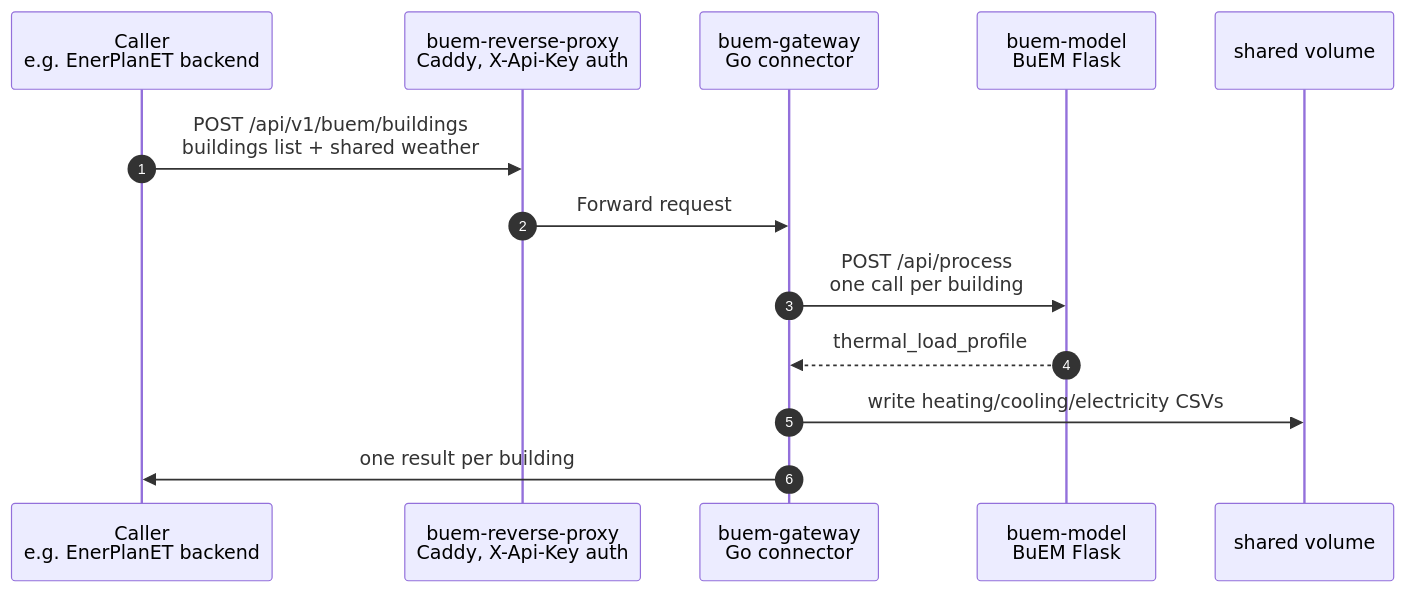
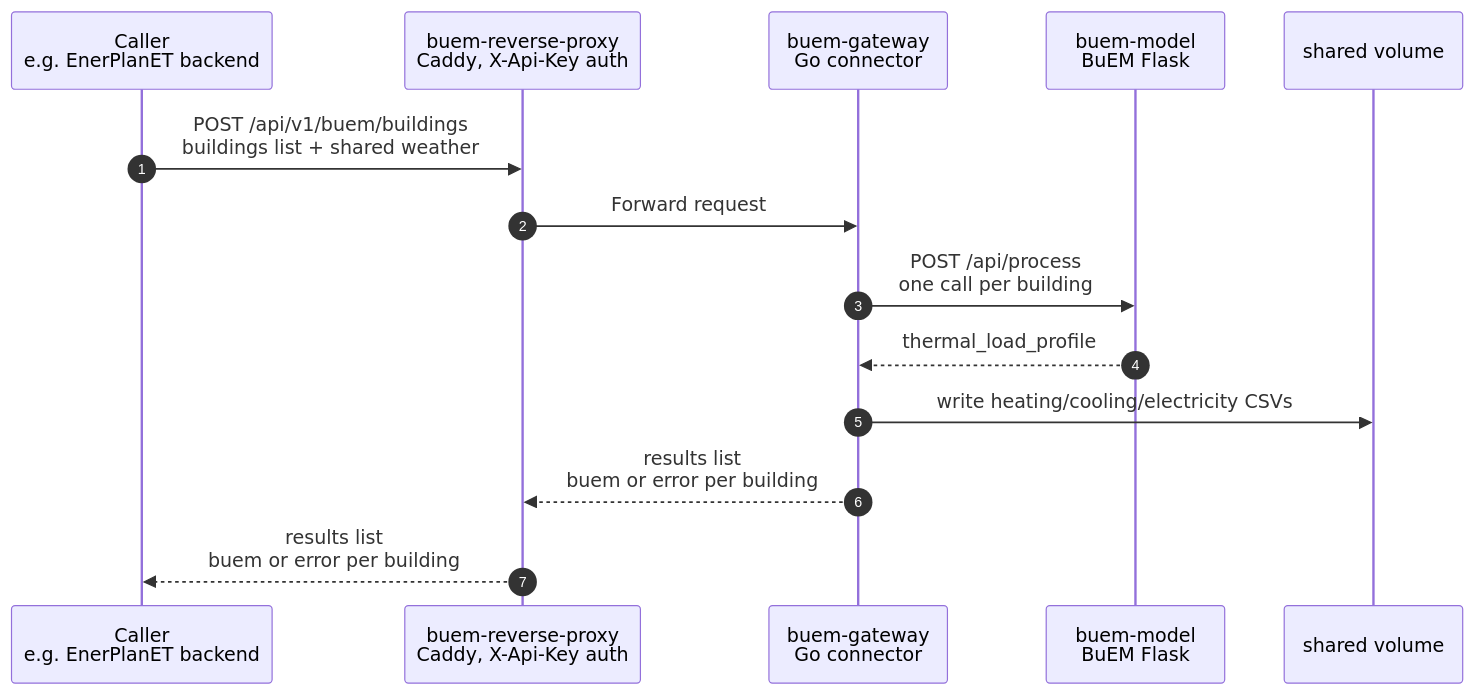
One commit to enerplanet/buem-gateway changed the diagram in README.md. Above: the diagram before and after it, drawn with Mermaid. The commit also changed 1 other file, not shown here.

Commit message:
docs: route sequence diagram response through Caddy
The response leg skipped straight from App to Caller, but a real
round trip returns through the same reverse proxy that forwarded the
request. Also reworded the return message: it's a results list (one
entry per building), not a single result.

Refs #38
Claude-Session: https://claude.ai/code/session_01BgFKx2L6FBmoSFQuCatuyZ

````diff
--- a/README.md
+++ b/README.md
@@ -26,16 +26,17 @@
 ```mermaid
 sequenceDiagram
     autonumber
     participant Caller as Caller<br/>e.g. EnerPlanET backend
     participant Proxy as buem-reverse-proxy<br/>Caddy, X-Api-Key auth
     participant App as buem-gateway<br/>Go connector
     participant Model as buem-model<br/>BuEM Flask
     participant Vol as shared volume
 
     Caller->>Proxy: POST /api/v1/buem/buildings<br/>buildings list + shared weather
     Proxy->>App: Forward request
     App->>Model: POST /api/process<br/>one call per building
     Model-->>App: thermal_load_profile
     App->>Vol: write heating/cooling/electricity CSVs
-    App->>Caller: one result per building
+    App-->>Proxy: results list<br/>buem or error per building
+    Proxy-->>Caller: results list<br/>buem or error per building
 ```
````
